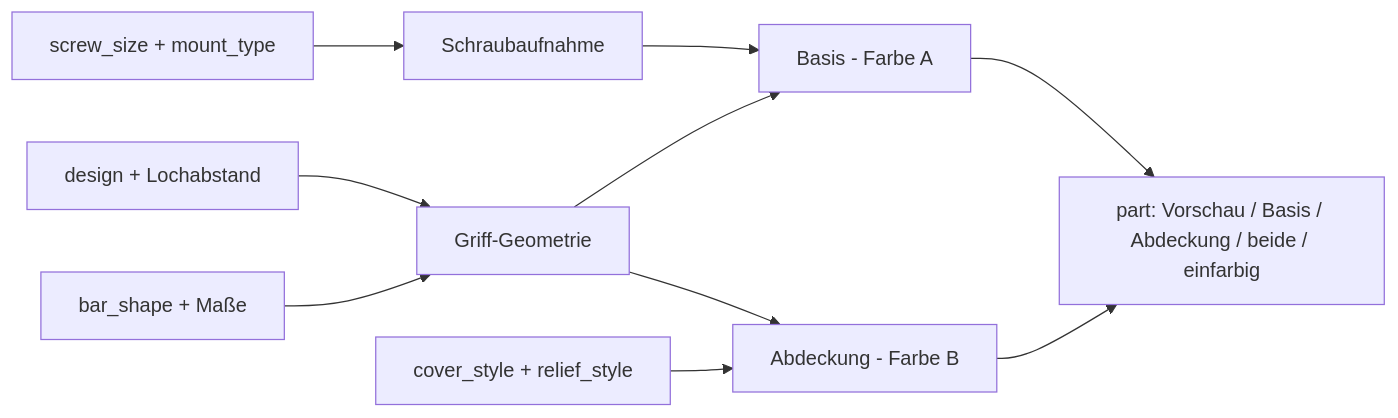
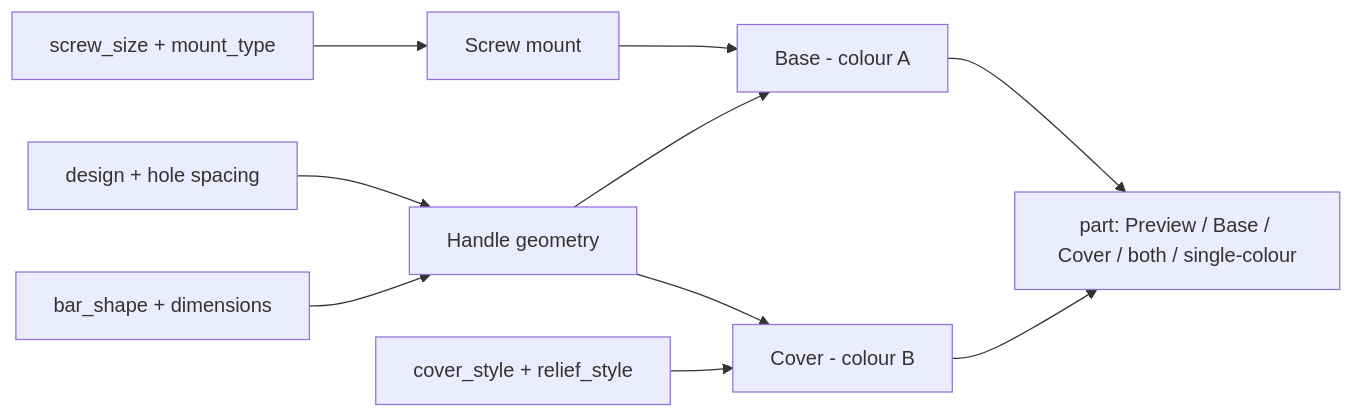
One commit to BetaHydri/parametric-cad-models changed the diagram in models/parametric-furniture-handles/README.md. Above: the diagram before and after it, drawn with Mermaid. The commit also changed other lines of this file and 57 other files, not shown here.

````diff
--- a/models/parametric-furniture-handles/README.md
+++ b/models/parametric-furniture-handles/README.md
@@ -255,12 +250,12 @@
 ```mermaid
 flowchart LR
-    D[design + Lochabstand] --> G[Griff-Geometrie]
-    Q[bar_shape + Maße] --> G
-    S[screw_size + mount_type] --> M[Schraubaufnahme]
-    M --> B[Basis - Farbe A]
+    D[design + hole spacing] --> G[Handle geometry]
+    Q[bar_shape + dimensions] --> G
+    S[screw_size + mount_type] --> M[Screw mount]
+    M --> B[Base - colour A]
     G --> B
-    C[cover_style + relief_style] --> A[Abdeckung - Farbe B]
+    C[cover_style + relief_style] --> A[Cover - colour B]
     G --> A
-    B --> P[part: Vorschau / Basis / Abdeckung / beide / einfarbig]
+    B --> P[part: Preview / Base / Cover / both / single-colour]
     A --> P
 ```
````
